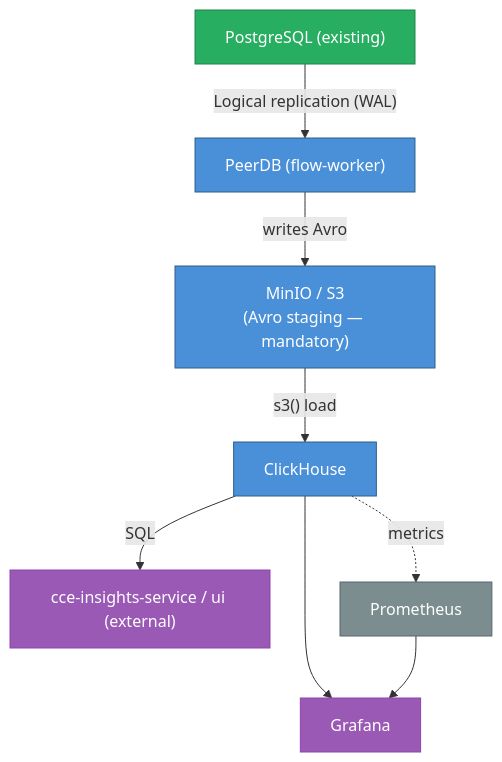
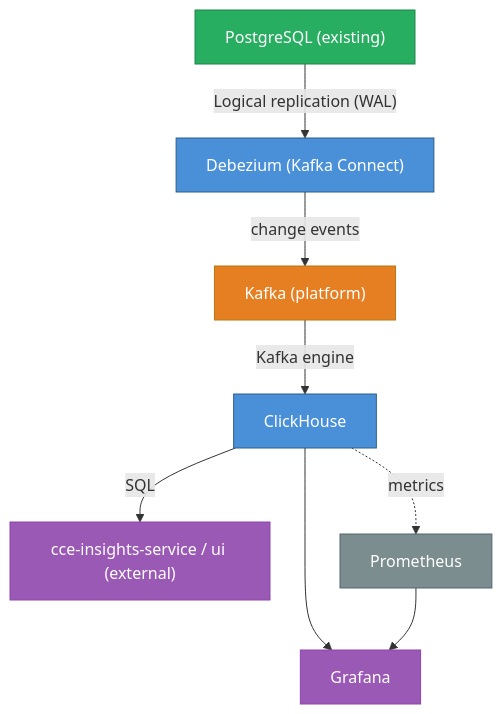
The second of 2 diagrams in docs/architecture-overview.md (Jayaprakash8887/cce-data-pipeline), drawn with Mermaid before and after one commit. The commit also changed other lines of this file and 32 other files, not shown here.

````diff
--- a/docs/architecture-overview.md
+++ b/docs/architecture-overview.md
@@ -195,20 +201,20 @@
 ```mermaid
 flowchart TD
-    PG["PostgreSQL (existing)"] -->|"Logical replication (WAL)"| PEERDB["PeerDB (flow-worker)"]
-    PEERDB -->|"writes Avro"| MINIO["MinIO / S3<br/>(Avro staging — mandatory)"]
-    MINIO -->|"s3() load"| CLICKHOUSE["ClickHouse"]
+    PG["PostgreSQL (existing)"] -->|"Logical replication (WAL)"| DBZ["Debezium (Kafka Connect)"]
+    DBZ -->|"change events"| KAFKA["Kafka (platform)"]
+    KAFKA -->|"Kafka engine"| CLICKHOUSE["ClickHouse"]
 
     CLICKHOUSE -->|"SQL"| INSIGHTS["cce-insights-service / ui (external)"]
     CLICKHOUSE --> GRAFANA["Grafana"]
 
     PROMETHEUS["Prometheus"] --> GRAFANA
     CLICKHOUSE -.->|"metrics"| PROMETHEUS
 
     style PG fill:#27AE60,stroke:#1E8449,color:white
-    style PEERDB fill:#4A90D9,stroke:#2C5F8A,color:white
-    style MINIO fill:#4A90D9,stroke:#2C5F8A,color:white
+    style DBZ fill:#4A90D9,stroke:#2C5F8A,color:white
+    style KAFKA fill:#E67E22,stroke:#B9770E,color:white
     style CLICKHOUSE fill:#4A90D9,stroke:#2C5F8A,color:white
     style INSIGHTS fill:#9B59B6,stroke:#8E44AD,color:white
     style GRAFANA fill:#9B59B6,stroke:#8E44AD,color:white
     style PROMETHEUS fill:#7B8D8E,stroke:#566573,color:white
 ```
````
